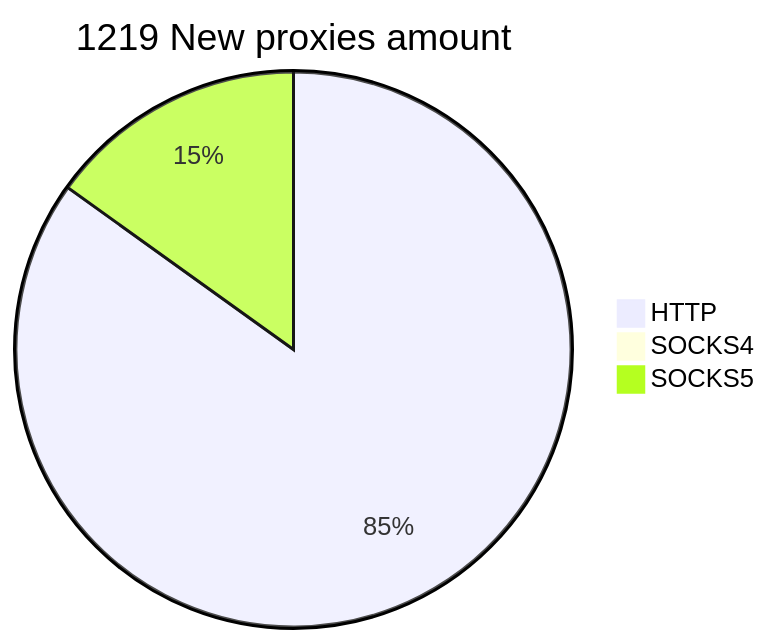
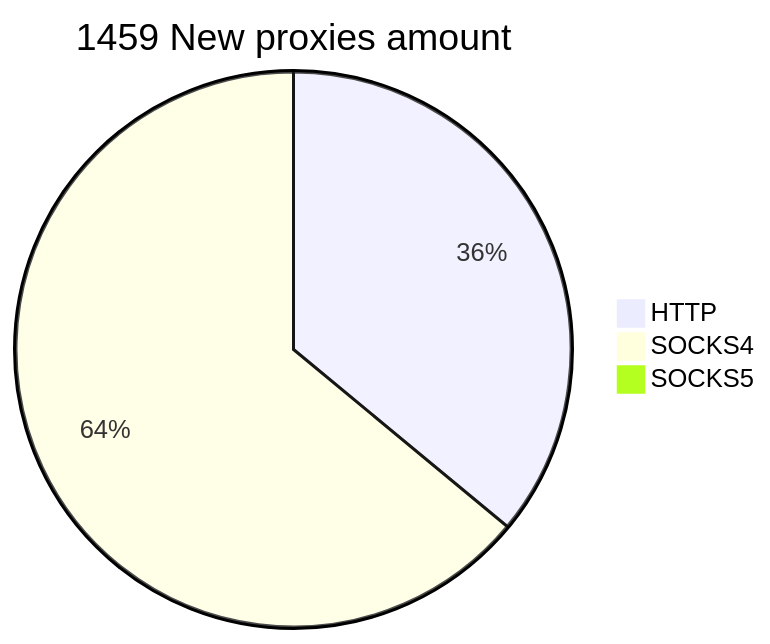
Before and after one commit to cutipu/proxylist: the second of 2 diagrams in README.md, drawn with Mermaid. The commit also changed other lines of this file, not shown here.

````diff
--- a/README.md
+++ b/README.md
@@ -10,6 +10,6 @@
 ```mermaid
-pie title 1219 New proxies amount
-    "HTTP" : 1035
-    "SOCKS4" : 0
-    "SOCKS5" : 184
+pie title 1459 New proxies amount
+    "HTTP" : 525
+    "SOCKS4" : 933
+    "SOCKS5" : 1
 ```
````
